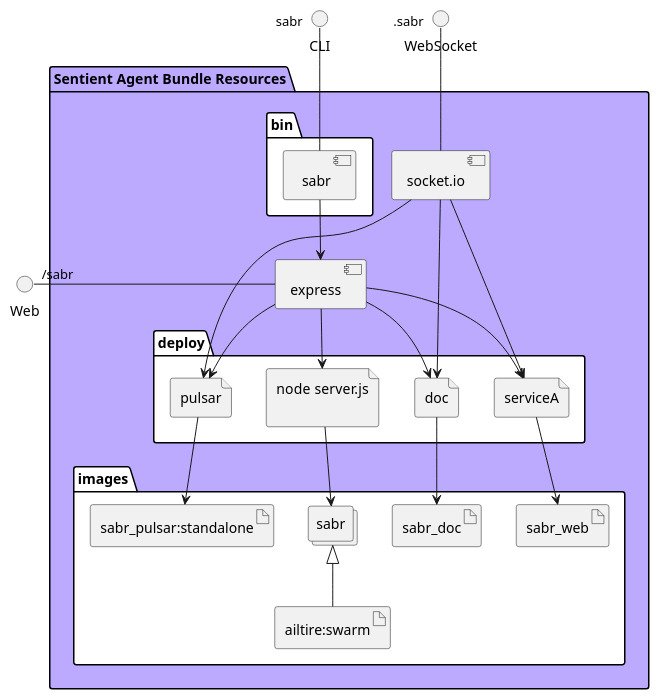
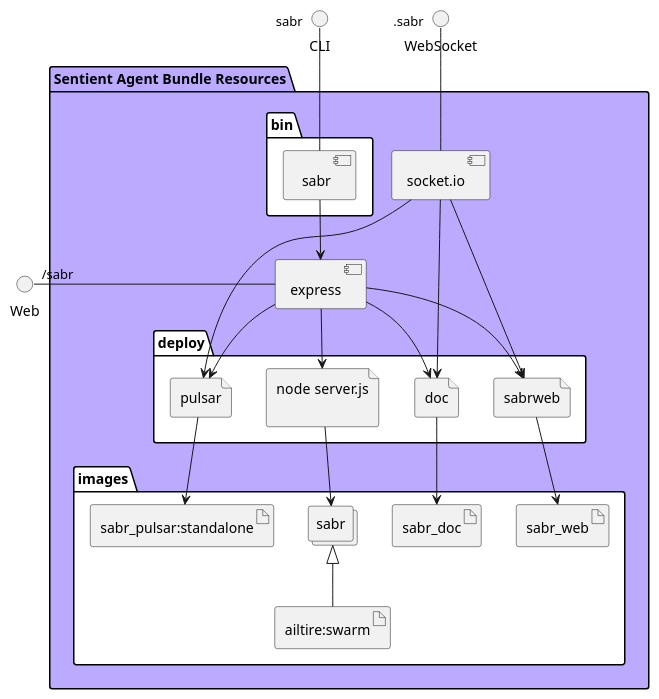
Before and after one commit to madajaju/sabr: the diagram in docs/sabr/envs/prod/physical.puml, drawn with PlantUML. The commit also changed 484 other files, not shown here.

```diff
--- a/docs/sabr/envs/prod/physical.puml
+++ b/docs/sabr/envs/prod/physical.puml
@@ -1,53 +1,53 @@
 @startuml
   interface CLI
   interface Web
   interface WebSocket
 package "Sentient Agent Bundle Resources" #bbaaff {
   component express as REST
   component socket.io as socket
   folder bin #ffffff {
     component " sabr" as binName
   }
   binName --> REST
 
   folder deploy #ffffff {
       file "node server.js\n" as sabr_container
       REST --> sabr_container
 
   
-    file "serviceA" as serviceA_container
-    REST --> serviceA_container
-    socket ---> serviceA_container
+    file "sabrweb" as sabrweb_container
+    REST --> sabrweb_container
+    socket ---> sabrweb_container
   
     file "pulsar" as pulsar_container
     REST --> pulsar_container
     socket ---> pulsar_container
   
     file "doc" as doc_container
     REST --> doc_container
     socket ---> doc_container
   
   }
   folder images #ffffff {
     collections "sabr" as sabrimage
     artifact "ailtire:swarm" as ailtireswarm
     sabrimage <|-- ailtireswarm
     sabr_container --> sabrimage
 
   
       artifact "sabr_web" as sabr_web
-      serviceA_container --> sabr_web
+      sabrweb_container --> sabr_web
     
       artifact "sabr_pulsar:standalone" as sabr_pulsar_standalone
       pulsar_container --> sabr_pulsar_standalone
     
       artifact "sabr_doc" as sabr_doc
       doc_container --> sabr_doc
     
   }
 }
 CLI " sabr" -- binName
 Web "/sabr" - REST
 WebSocket ".sabr" -- socket
 
 @enduml
```
